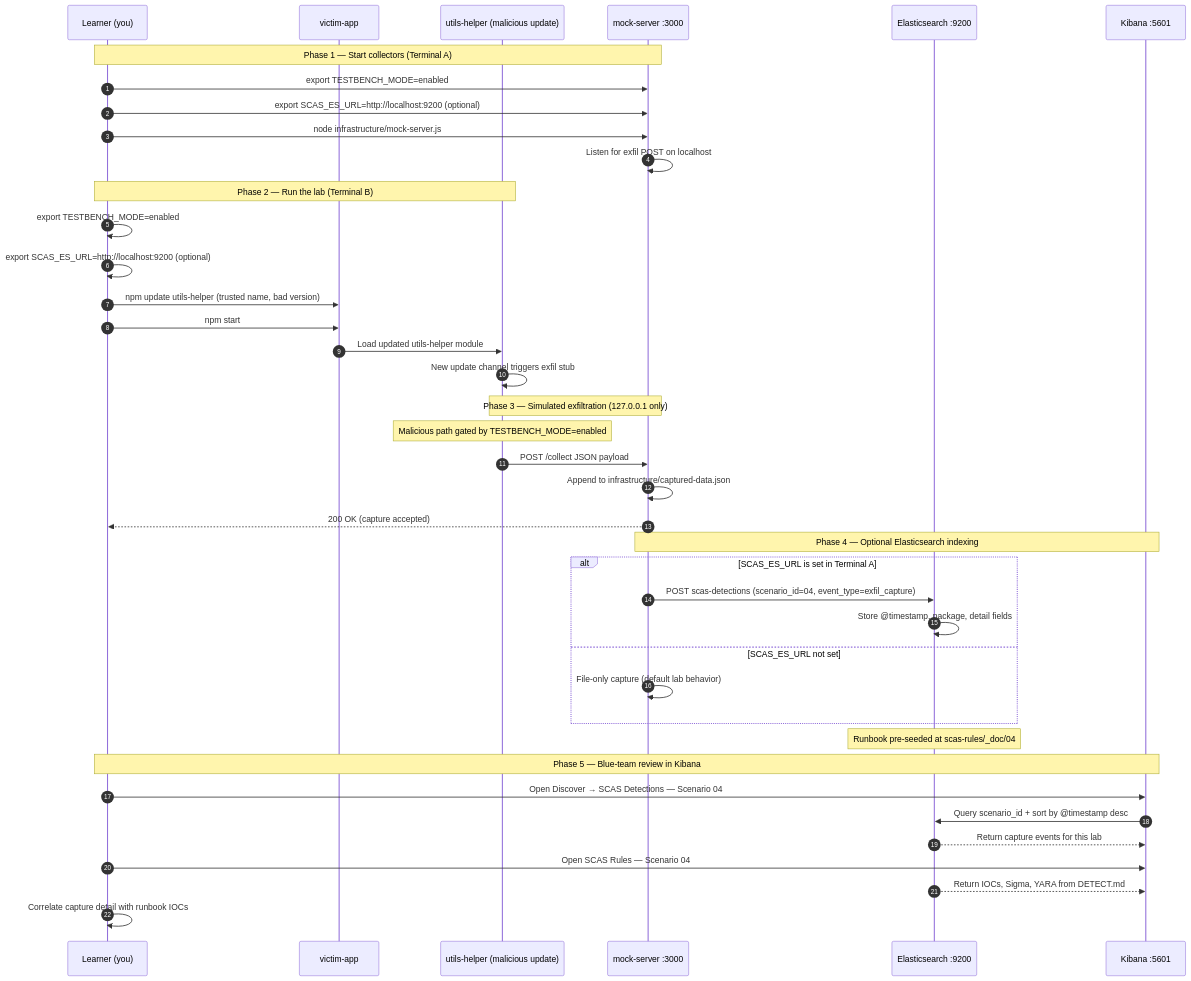
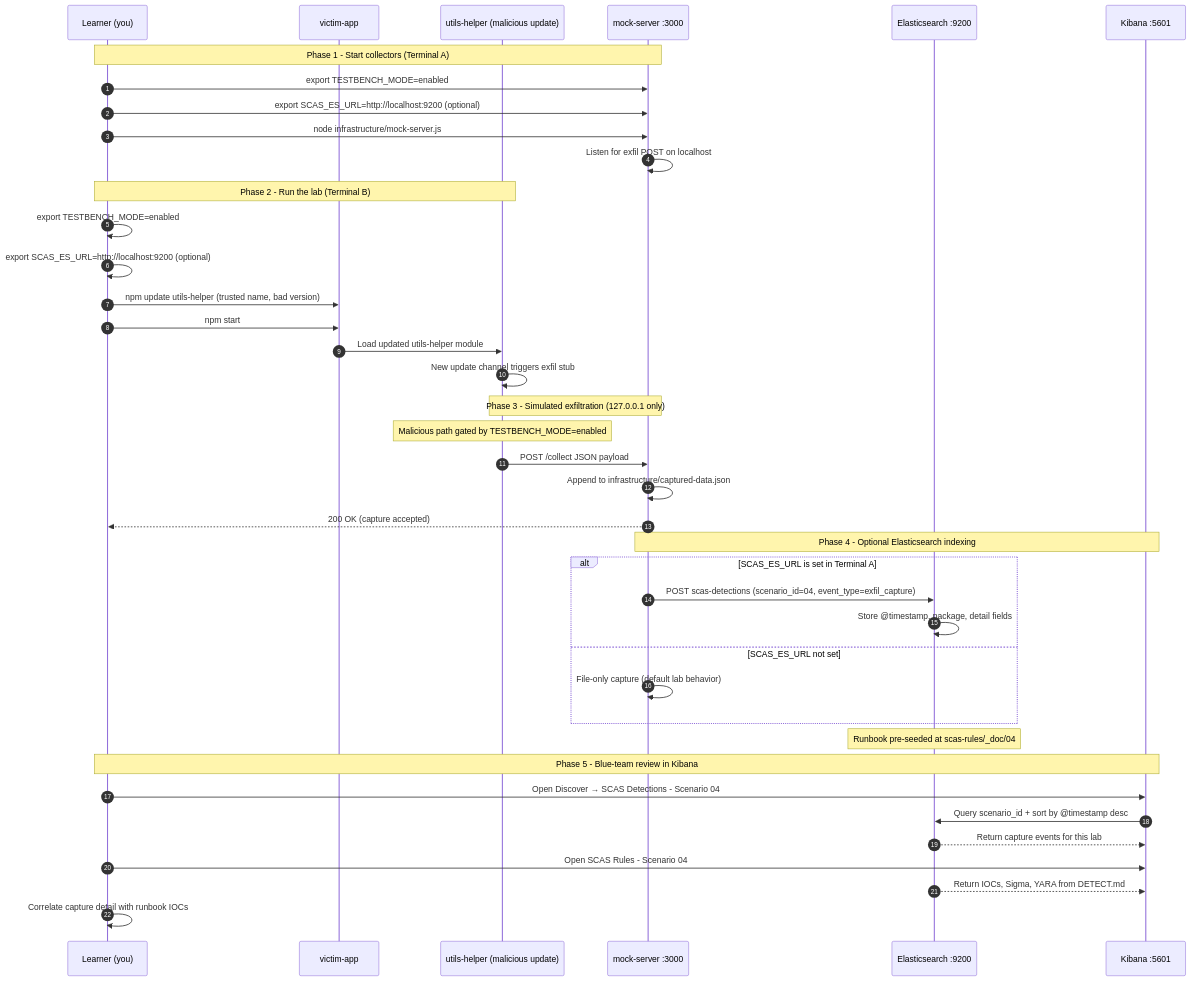
The diagram in documentation/scenario-guides/zero-to-hero/ZERO_TO_HERO_SCENARIO_04.md (RAJANAGORI/testbench), drawn with Mermaid before and after one commit. The commit also changed other lines of this file and 66 other files, not shown here.

````diff
--- a/documentation/scenario-guides/zero-to-hero/ZERO_TO_HERO_SCENARIO_04.md
+++ b/documentation/scenario-guides/zero-to-hero/ZERO_TO_HERO_SCENARIO_04.md
@@ -427,47 +427,47 @@
 ```mermaid
 sequenceDiagram
     autonumber
     participant Learner as Learner (you)
     participant Victim as victim-app
     participant MalPkg as utils-helper (malicious update)
     participant Mock as mock-server :3000
     participant ES as Elasticsearch :9200
     participant Kibana as Kibana :5601
 
-    Note over Learner,Mock: Phase 1 — Start collectors (Terminal A)
+    Note over Learner,Mock: Phase 1 - Start collectors (Terminal A)
     Learner->>Mock: export TESTBENCH_MODE=enabled
     Learner->>Mock: export SCAS_ES_URL=http://localhost:9200 (optional)
     Learner->>Mock: node infrastructure/mock-server.js
     Mock->>Mock: Listen for exfil POST on localhost
 
-    Note over Learner,MalPkg: Phase 2 — Run the lab (Terminal B)
+    Note over Learner,MalPkg: Phase 2 - Run the lab (Terminal B)
     Learner->>Learner: export TESTBENCH_MODE=enabled
     Learner->>Learner: export SCAS_ES_URL=http://localhost:9200 (optional)
     Learner->>Victim: npm update utils-helper (trusted name, bad version)
     Learner->>Victim: npm start
     Victim->>MalPkg: Load updated utils-helper module
     MalPkg->>MalPkg: New update channel triggers exfil stub
 
-    Note over MalPkg,Mock: Phase 3 — Simulated exfiltration (127.0.0.1 only)
+    Note over MalPkg,Mock: Phase 3 - Simulated exfiltration (127.0.0.1 only)
     Note over MalPkg: Malicious path gated by TESTBENCH_MODE=enabled
     MalPkg->>Mock: POST /collect JSON payload
     Mock->>Mock: Append to infrastructure/captured-data.json
     Mock-->>Learner: 200 OK (capture accepted)
 
-    Note over Mock,Kibana: Phase 4 — Optional Elasticsearch indexing
+    Note over Mock,Kibana: Phase 4 - Optional Elasticsearch indexing
     alt SCAS_ES_URL is set in Terminal A
     Mock->>ES: POST scas-detections (scenario_id=04, event_type=exfil_capture)
     ES->>ES: Store @timestamp, package, detail fields
     else SCAS_ES_URL not set
     Mock->>Mock: File-only capture (default lab behavior)
     end
 
     Note over ES: Runbook pre-seeded at scas-rules/_doc/04
-    Note over Learner,Kibana: Phase 5 — Blue-team review in Kibana
-    Learner->>Kibana: Open Discover → SCAS Detections — Scenario 04
+    Note over Learner,Kibana: Phase 5 - Blue-team review in Kibana
+    Learner->>Kibana: Open Discover → SCAS Detections - Scenario 04
     Kibana->>ES: Query scenario_id + sort by @timestamp desc
     ES-->>Kibana: Return capture events for this lab
-    Learner->>Kibana: Open SCAS Rules — Scenario 04
+    Learner->>Kibana: Open SCAS Rules - Scenario 04
     ES-->>Kibana: Return IOCs, Sigma, YARA from DETECT.md
     Learner->>Learner: Correlate capture detail with runbook IOCs
 ```
````
